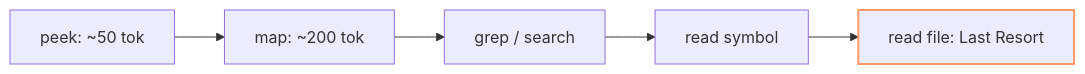
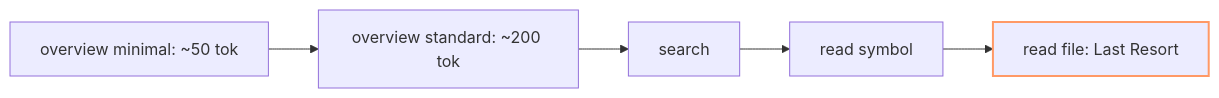
Before and after one commit to SaschaOnTour/rlm: the first of 2 diagrams in README.md, drawn with Mermaid. The commit also changed other lines of this file and 64 other files, not shown here.

````diff
--- a/README.md
+++ b/README.md
@@ -76,9 +76,9 @@
 ```mermaid
 graph LR
-    A[peek: ~50 tok] --> B[map: ~200 tok]
-    B --> C[grep / search]
+    A[overview minimal: ~50 tok] --> B[overview standard: ~200 tok]
+    B --> C[search]
     C --> D[read symbol]
     D --> E[read file: Last Resort]
     
     style E stroke:#f96,stroke-width:2px
 ```
````
